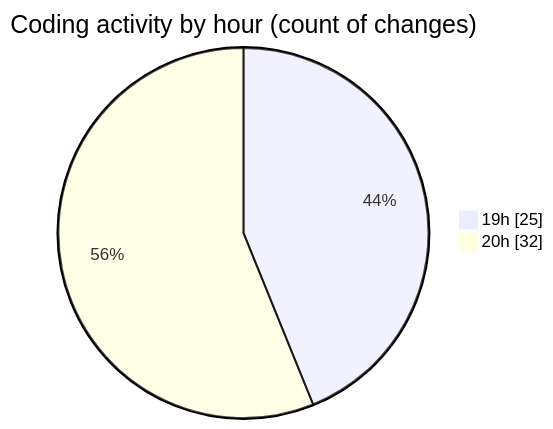
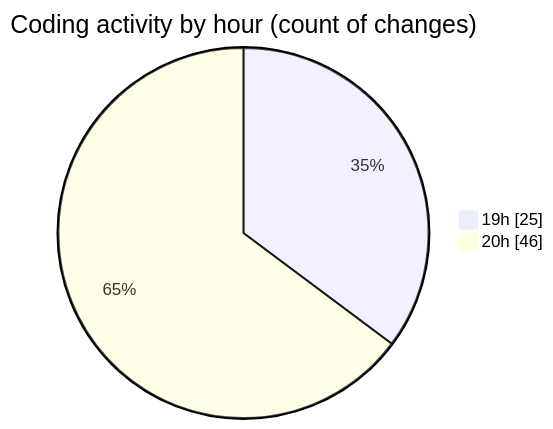
Before and after one commit to EIIisD/code-tracking: the second of 2 diagrams in 2025-08-06/remakes/README.md, drawn with Mermaid. The commit also changed other lines of this file and 1 other file, not shown here.

````diff
--- a/2025-08-06/remakes/README.md
+++ b/2025-08-06/remakes/README.md
@@ -50,6 +53,6 @@
 ```mermaid
 pie showData
 title Coding activity by hour (count of changes)
 "19h" : 25
-"20h" : 32
+"20h" : 46
 ```
````
